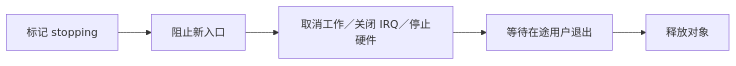
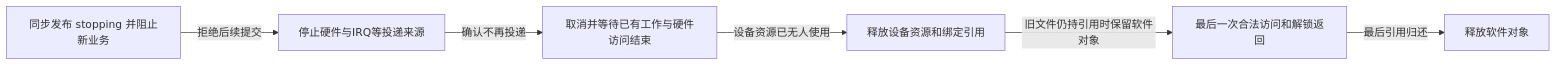
The fourth of 4 diagrams in knowledge/linux/synchronization_and_asynchrony/synchronization/locks/P02_互斥锁与读写信号量.md (FormingSystem/linux_note), drawn with Mermaid before and after one commit. The commit also changed other lines of this file and 2 other files, not shown here.

````diff
--- a/knowledge/linux/synchronization_and_asynchrony/synchronization/locks/P02_互斥锁与读写信号量.md
+++ b/knowledge/linux/synchronization_and_asynchrony/synchronization/locks/P02_互斥锁与读写信号量.md
@@ -221,7 +230,8 @@
 ```mermaid
 flowchart LR
-    A[标记 stopping] --> B[阻止新入口]
-    B --> C[取消工作／关闭 IRQ／停止硬件]
-    C --> D[等待在途用户退出]
-    D --> E[释放对象]
+    A[同步发布 stopping 并阻止新业务] -->|拒绝后续提交| B[停止硬件与IRQ等投递来源]
+    B -->|确认不再投递| C[取消并等待已有工作与硬件访问结束]
+    C -->|设备资源已无人使用| D[释放设备资源和绑定引用]
+    D -->|旧文件仍持引用时保留软件对象| E[最后一次合法访问和解锁返回]
+    E -->|最后引用归还| F[释放软件对象]
 ```
````
